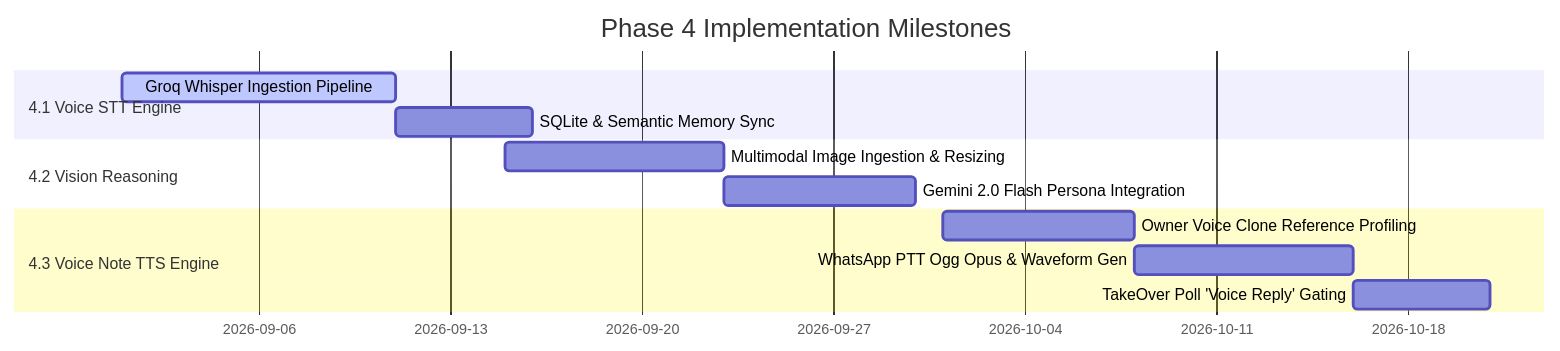
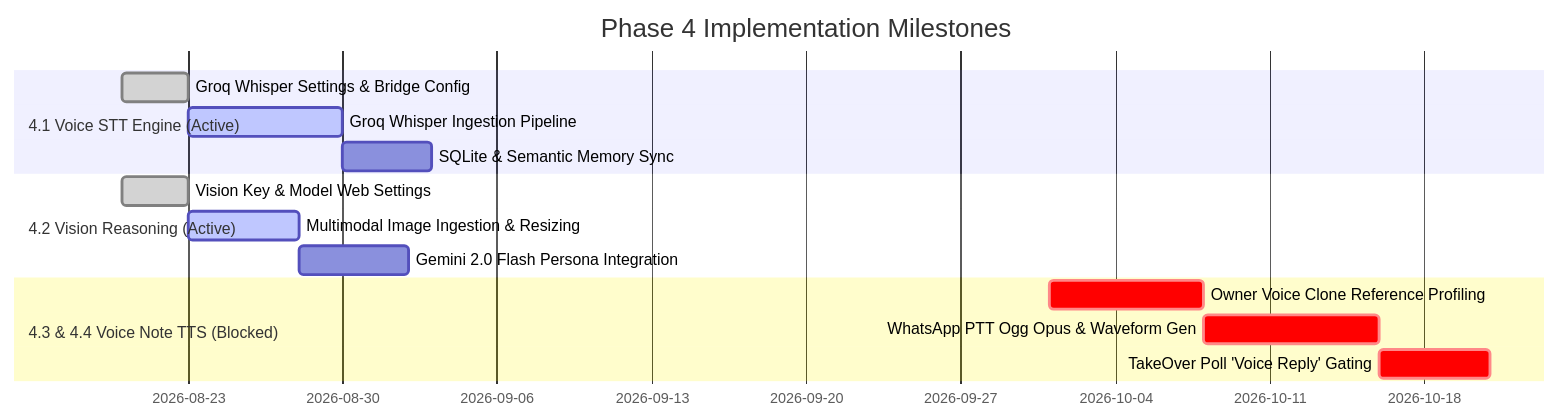
Before and after one commit to Nikhil-Mundhra/whatsapp-ai: the fifth of 5 diagrams in Documentation/PHASE_4_MULTIMODAL_AUDIO_VISION.md, drawn with Mermaid. The commit also changed other lines of this file and 12 other files, not shown here.

Commit message:
feat(phase-4): expand settings for Groq STT and Vision reasoning; update Phase 4 documentation

````diff
--- a/Documentation/PHASE_4_MULTIMODAL_AUDIO_VISION.md
+++ b/Documentation/PHASE_4_MULTIMODAL_AUDIO_VISION.md
@@ -313,15 +324,17 @@
 ```mermaid
 gantt
     title Phase 4 Implementation Milestones
     dateFormat  YYYY-MM-DD
-    section 4.1 Voice STT Engine
-    Groq Whisper Ingestion Pipeline       :active, p1, 2026-09-01, 10d
-    SQLite & Semantic Memory Sync         :p2, after p1, 5d
-    section 4.2 Vision Reasoning
-    Multimodal Image Ingestion & Resizing :p3, 2026-09-15, 8d
-    Gemini 2.0 Flash Persona Integration :p4, after p3, 7d
-    section 4.3 Voice Note TTS Engine
-    Owner Voice Clone Reference Profiling :p5, 2026-10-01, 7d
-    WhatsApp PTT Ogg Opus & Waveform Gen  :p6, after p5, 8d
-    TakeOver Poll 'Voice Reply' Gating    :p7, after p6, 5d
+    section 4.1 Voice STT Engine (Active)
+    Groq Whisper Settings & Bridge Config :done, p1, 2026-08-20, 3d
+    Groq Whisper Ingestion Pipeline       :active, p2, 2026-08-23, 7d
+    SQLite & Semantic Memory Sync         :p3, after p2, 4d
+    section 4.2 Vision Reasoning (Active)
+    Vision Key & Model Web Settings       :done, p4, 2026-08-20, 3d
+    Multimodal Image Ingestion & Resizing :active, p5, 2026-08-23, 5d
+    Gemini 2.0 Flash Persona Integration :p6, after p5, 5d
+    section 4.3 & 4.4 Voice Note TTS (Blocked)
+    Owner Voice Clone Reference Profiling :crit, p7, 2026-10-01, 7d
+    WhatsApp PTT Ogg Opus & Waveform Gen  :crit, p8, after p7, 8d
+    TakeOver Poll 'Voice Reply' Gating    :crit, p9, after p8, 5d
 ```
````
